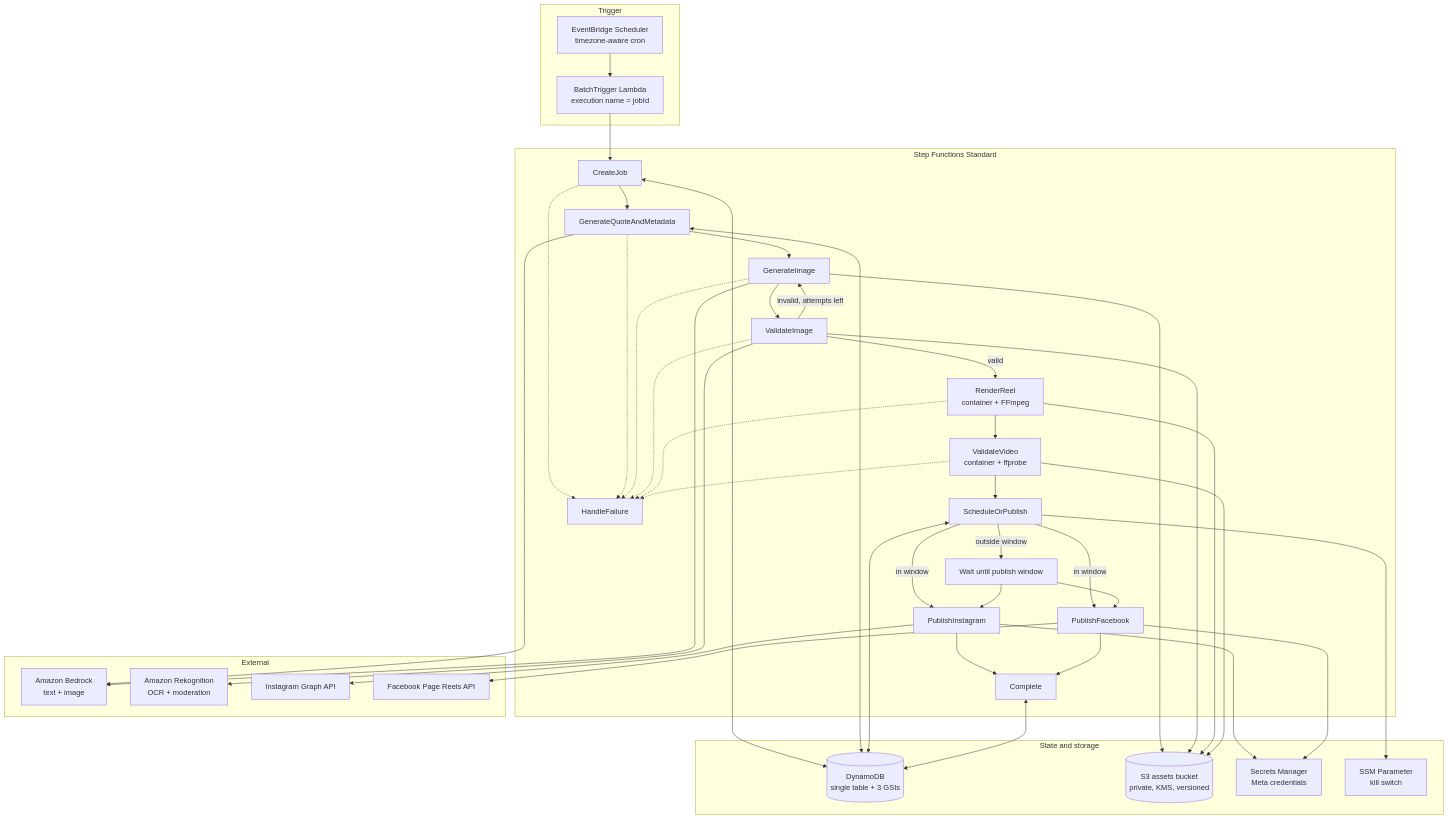
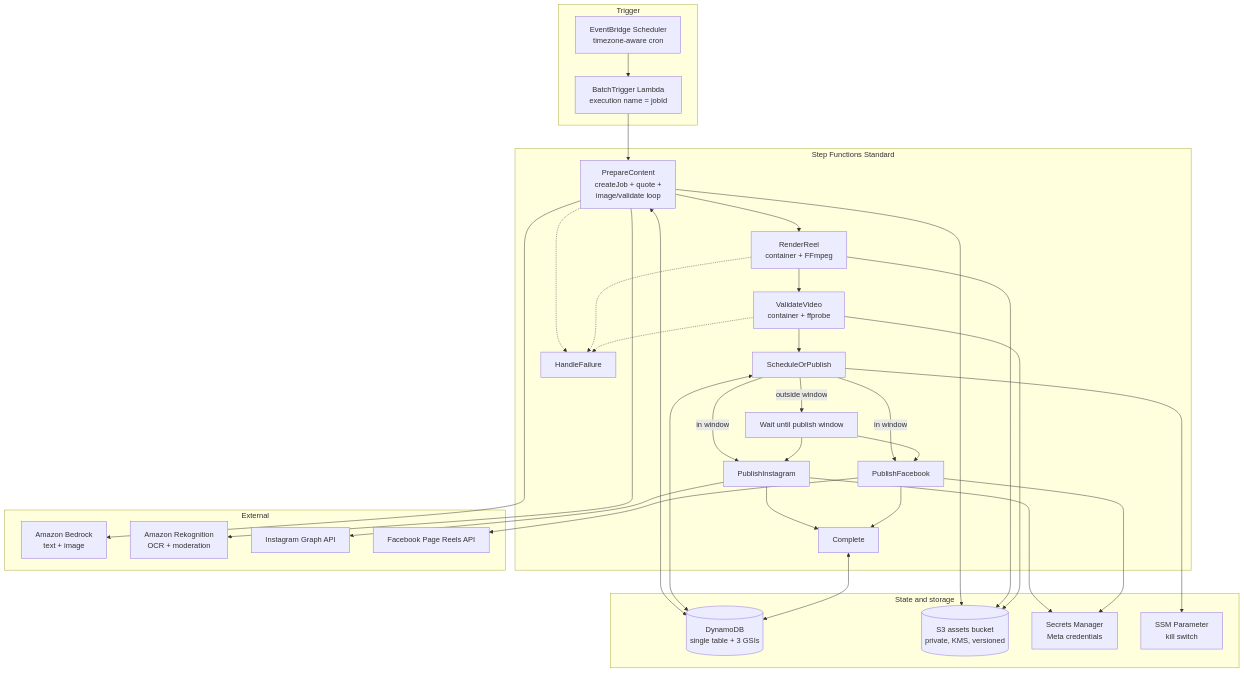
The first of 3 diagrams in docs/architecture.md (DulajDil/motivational-reel-pipeline), drawn with Mermaid before and after one commit. The commit also changed other lines of this file and 11 other files, not shown here.

````diff
--- a/docs/architecture.md
+++ b/docs/architecture.md
@@ -5,68 +5,57 @@
 ```mermaid
 flowchart TB
     subgraph trigger["Trigger"]
         SCH["EventBridge Scheduler<br/>timezone-aware cron"]
         BT["BatchTrigger Lambda<br/>execution name = jobId"]
     end
 
     subgraph workflow["Step Functions Standard"]
-        CJ["CreateJob"]
-        GQ["GenerateQuoteAndMetadata"]
-        GI["GenerateImage"]
-        VI["ValidateImage"]
+        PC["PrepareContent<br/>createJob + quote +<br/>image/validate loop"]
         RR["RenderReel<br/>container + FFmpeg"]
         VV["ValidateVideo<br/>container + ffprobe"]
         SP["ScheduleOrPublish"]
         W["Wait until publish window"]
         PI["PublishInstagram"]
         PF["PublishFacebook"]
         CO["Complete"]
         HF["HandleFailure"]
     end
 
     subgraph data["State and storage"]
         DDB[("DynamoDB<br/>single table + 3 GSIs")]
         S3[("S3 assets bucket<br/>private, KMS, versioned")]
         SM["Secrets Manager<br/>Meta credentials"]
         SSM["SSM Parameter<br/>kill switch"]
     end
 
     subgraph external["External"]
         BR["Amazon Bedrock<br/>text + image"]
         RK["Amazon Rekognition<br/>OCR + moderation"]
         IG["Instagram Graph API"]
         FB["Facebook Page Reels API"]
     end
 
-    SCH --> BT --> CJ --> GQ --> GI --> VI
-    VI -->|invalid, attempts left| GI
-    VI -->|valid| RR --> VV --> SP
+    SCH --> BT --> PC --> RR --> VV --> SP
     SP -->|in window| PI & PF
     SP -->|outside window| W --> PI & PF
     PI --> CO
     PF --> CO
 
-    CJ -.-> HF
-    GQ -.-> HF
-    GI -.-> HF
-    VI -.-> HF
+    PC -.-> HF
     RR -.-> HF
     VV -.-> HF
 
-    CJ <--> DDB
-    GQ <--> DDB
-    GQ --> BR
-    GI --> BR
-    GI --> S3
-    VI --> RK
-    VI --> S3
+    PC <--> DDB
+    PC --> BR
+    PC --> RK
+    PC --> S3
     RR --> S3
     VV --> S3
     SP <--> DDB
     SP --> SSM
     PI --> SM
     PI --> IG
     PF --> SM
     PF --> FB
     CO <--> DDB
 ```
````
